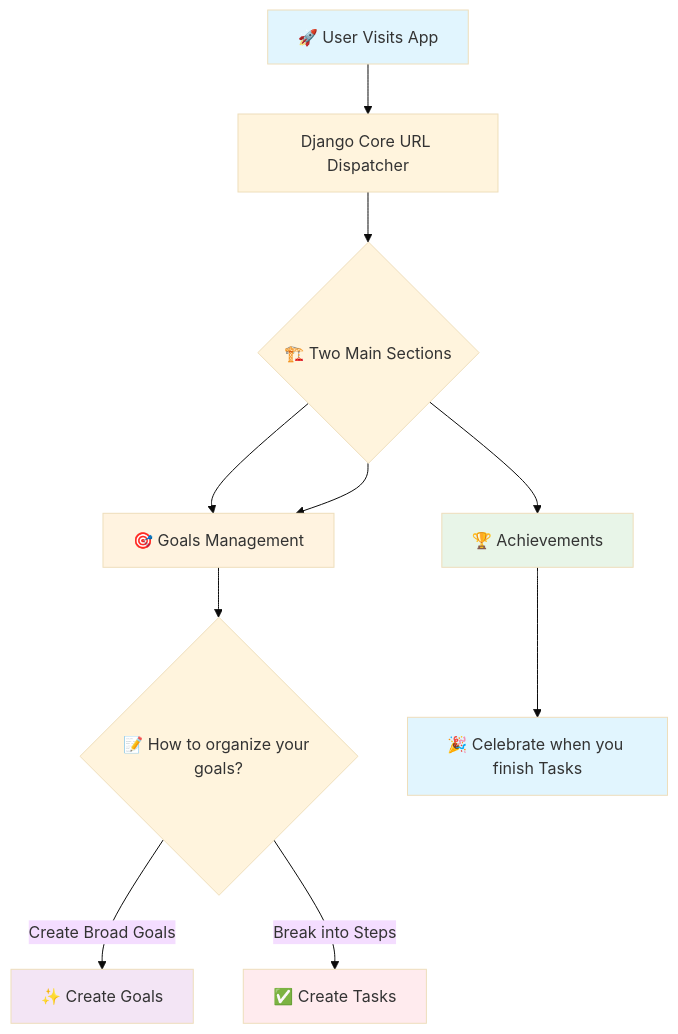
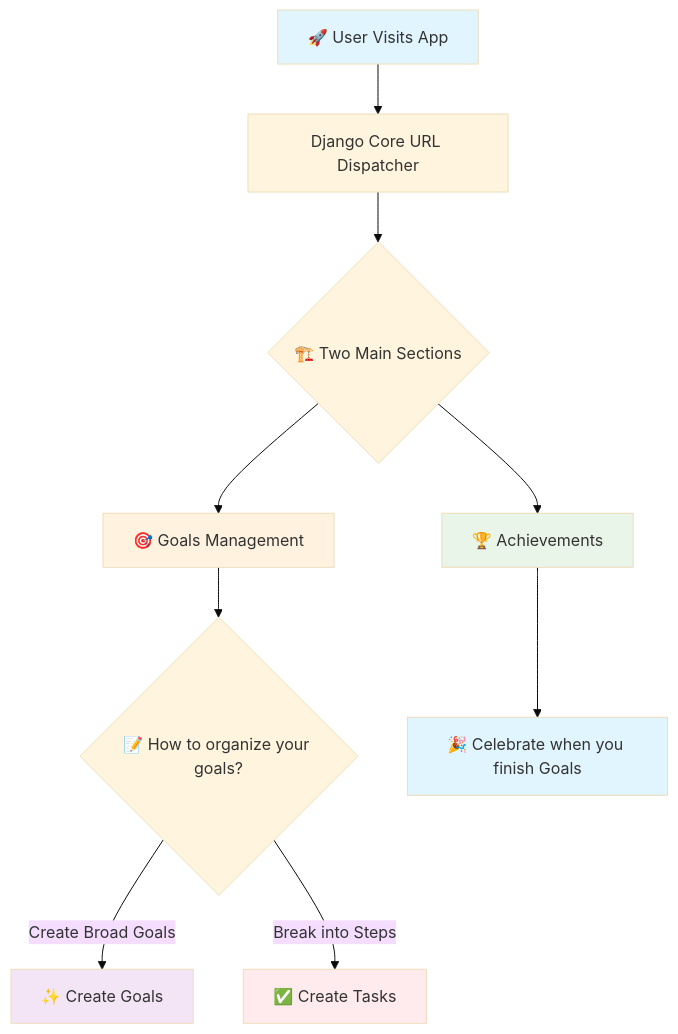
Before and after one commit to RaneemHamarneh/miniTodoApp: the diagram in README.md, drawn with Mermaid (base theme). The commit also changed 46 other files, not shown here.

````diff
--- a/README.md
+++ b/README.md
@@ -5,19 +5,18 @@
 ```mermaid
 graph TD
     A[🚀 User Visits App] --> B[Django Core URL Dispatcher];
     B --> C{🏗️ Two Main Sections};
     C --> D[🎯 Goals Management];
     C --> E[🏆 Achievements];
     D --> F{📝 How to organize your goals?};
     F -- Create Broad Goals --> G[✨ Create Goals];
     F -- Break into Steps --> H[✅ Create Tasks];
-    E --> I[🎉 Celebrate when you finish Tasks];
-    C-->D;
+    E --> I[🎉 Celebrate when you finish Goals];
 
     style A fill:#e1f5fe
     style D fill:#fff3e0
     style E fill:#e8f5e8
     style G fill:#f3e5f5
     style H fill:#ffebee
     style I fill:#e1f5fe
 ```
````
